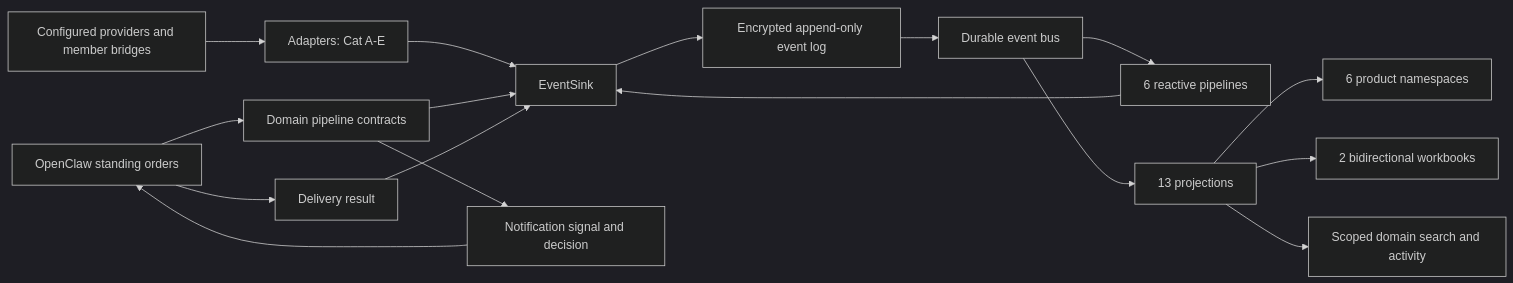
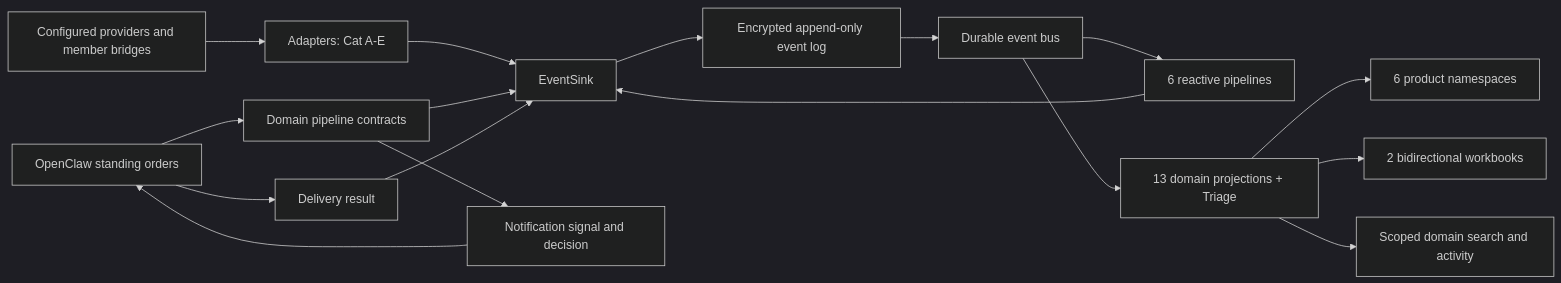
One commit to junglecrunch1212/administrate-me-now changed the diagram in docs/refactor/GATE-6-ARCHITECTURE.md. Above: the diagram before and after it, drawn with Mermaid (dark theme). The commit also changed other lines of this file and 82 other files, not shown here.

````diff
--- a/docs/refactor/GATE-6-ARCHITECTURE.md
+++ b/docs/refactor/GATE-6-ARCHITECTURE.md
@@ -8,19 +8,19 @@
 ```mermaid
 flowchart LR
     P["Configured providers and member bridges"] --> A["Adapters: Cat A-E"]
     A --> S["EventSink"]
     O["OpenClaw standing orders"] --> D["Domain pipeline contracts"]
     D --> S
     S --> L["Encrypted append-only event log"]
     L --> B["Durable event bus"]
     B --> R["6 reactive pipelines"]
-    B --> X["13 projections"]
+    B --> X["13 domain projections + Triage"]
     X --> API["6 product namespaces"]
     X --> W["2 bidirectional workbooks"]
     X --> Q["Scoped domain search and activity"]
     R --> S
     D --> N["Notification signal and decision"]
     N --> O
     O --> DR["Delivery result"]
     DR --> S
 ```
````
